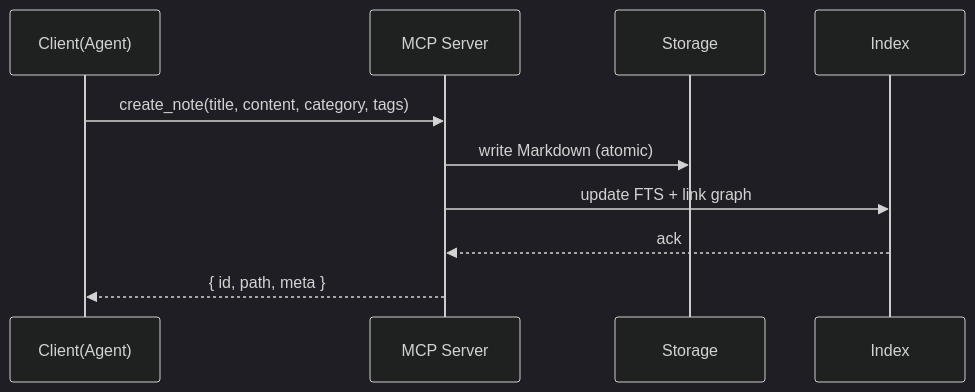
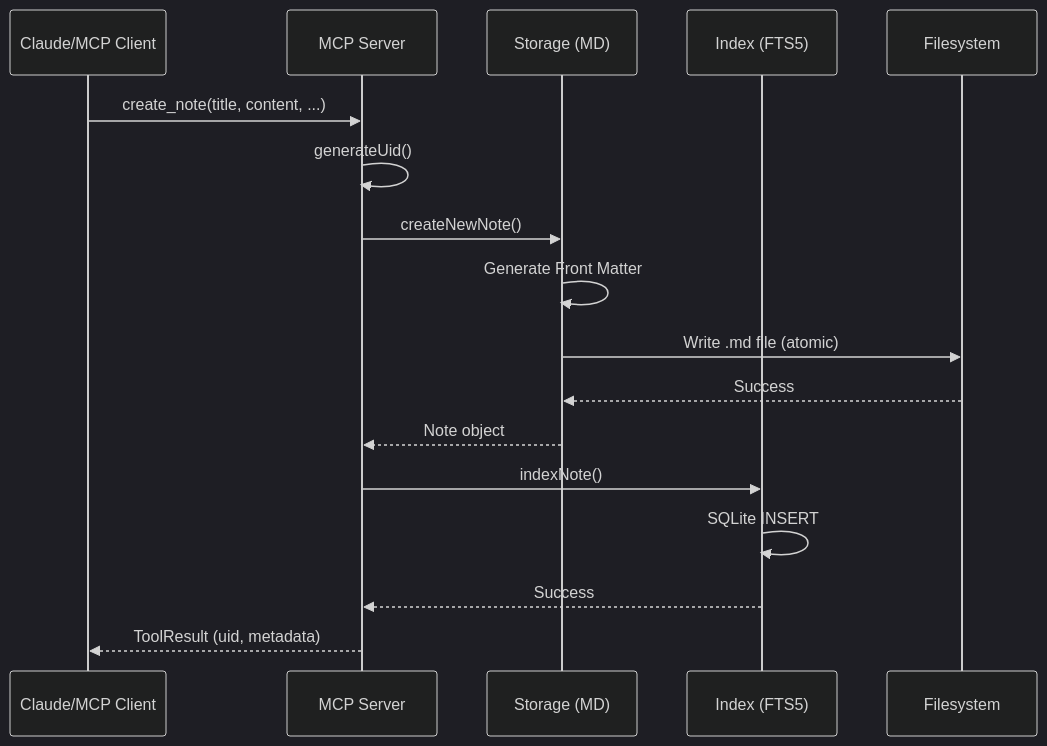
One commit to inchan/zettel-memory changed the second of 9 diagrams in docs/ARCHITECTURE.md. Above: the diagram before and after it, drawn with Mermaid (dark theme). The commit also changed other lines of this file and 17 other files, not shown here.

````diff
--- a/docs/ARCHITECTURE.md
+++ b/docs/ARCHITECTURE.md
@@ -19,13 +58,20 @@
 ```mermaid
 sequenceDiagram
-    participant Client as Client(Agent)
-    participant MCP as MCP Server
-    participant Storage as Storage
-    participant Index as Index
+    participant C as Claude/MCP Client
+    participant M as MCP Server
+    participant S as Storage (MD)
+    participant I as Index (FTS5)
+    participant F as Filesystem
 
-    Client->>MCP: create_note(title, content, category, tags)
-    MCP->>Storage: write Markdown (atomic)
-    MCP->>Index: update FTS + link graph
-    Index-->>MCP: ack
-    MCP-->>Client: { id, path, meta }
+    C->>M: create_note(title, content, ...)
+    M->>M: generateUid()
+    M->>S: createNewNote()
+    S->>S: Generate Front Matter
+    S->>F: Write .md file (atomic)
+    F-->>S: Success
+    S-->>M: Note object
+    M->>I: indexNote()
+    I->>I: SQLite INSERT
+    I-->>M: Success
+    M-->>C: ToolResult (uid, metadata)
 ```
````
